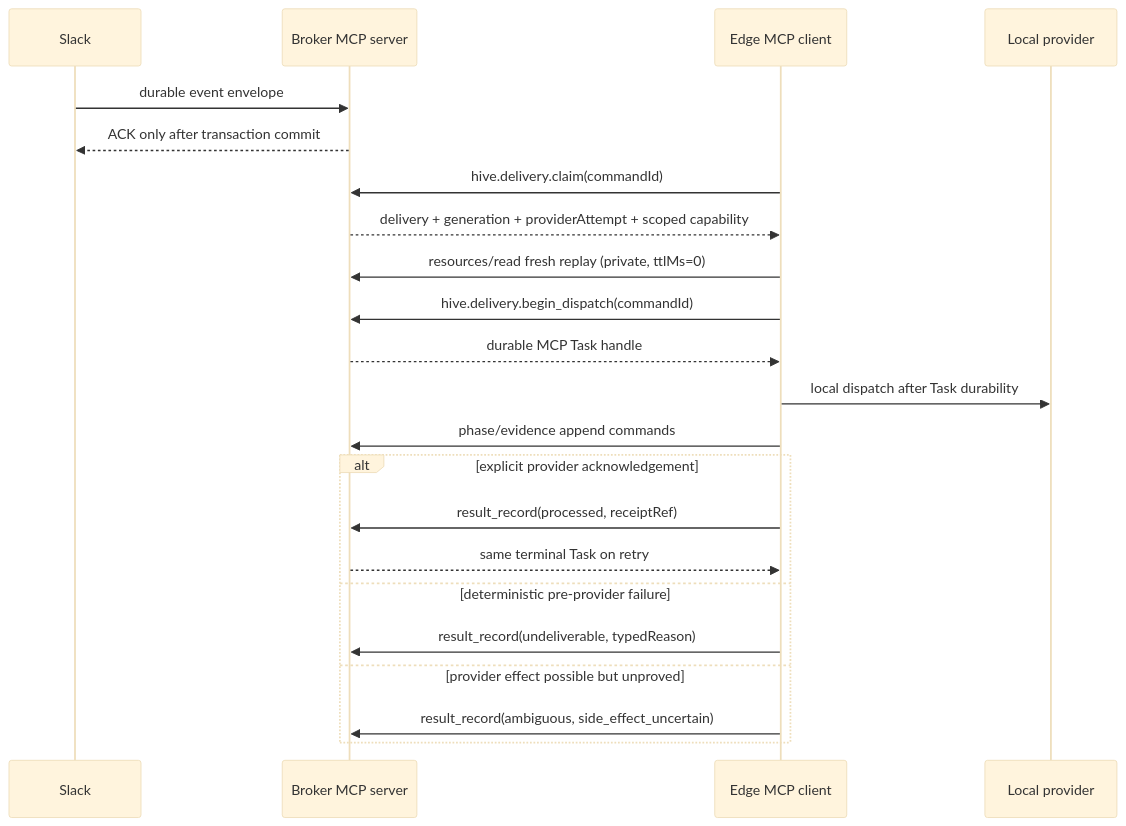
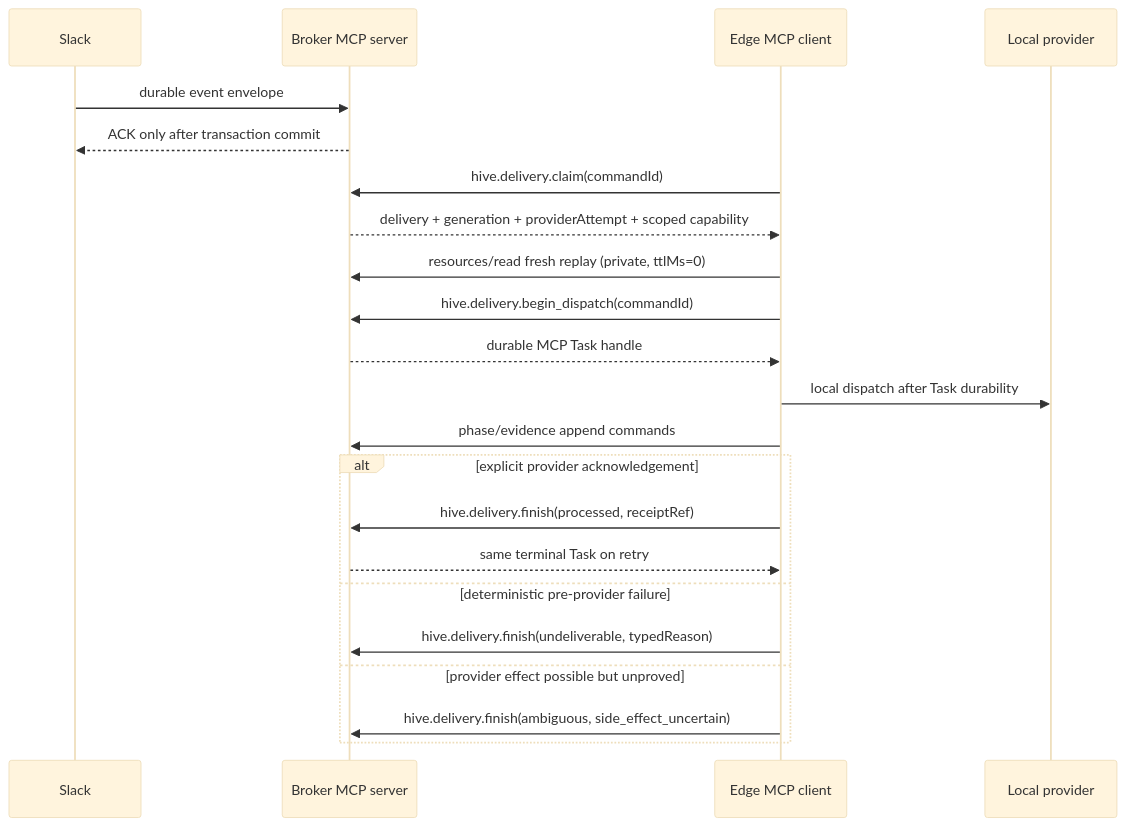
The second of 2 diagrams in docs/adr/0002-stateless-mcp-capability-plane.md (Skrates/hive), drawn with Mermaid (base theme) before and after one commit. The commit also changed other lines of this file and 1 other file, not shown here.

````diff
--- a/docs/adr/0002-stateless-mcp-capability-plane.md
+++ b/docs/adr/0002-stateless-mcp-capability-plane.md
@@ -63,25 +66,25 @@
 ```mermaid
 sequenceDiagram
   participant S as Slack
   participant B as Broker MCP server
   participant E as Edge MCP client
   participant P as Local provider
 
   S->>B: durable event envelope
   B-->>S: ACK only after transaction commit
   E->>B: hive.delivery.claim(commandId)
   B-->>E: delivery + generation + providerAttempt + scoped capability
   E->>B: resources/read fresh replay (private, ttlMs=0)
   E->>B: hive.delivery.begin_dispatch(commandId)
   B-->>E: durable MCP Task handle
   E->>P: local dispatch after Task durability
   E->>B: phase/evidence append commands
   alt explicit provider acknowledgement
-    E->>B: result_record(processed, receiptRef)
+    E->>B: hive.delivery.finish(processed, receiptRef)
     B-->>E: same terminal Task on retry
   else deterministic pre-provider failure
-    E->>B: result_record(undeliverable, typedReason)
+    E->>B: hive.delivery.finish(undeliverable, typedReason)
   else provider effect possible but unproved
-    E->>B: result_record(ambiguous, side_effect_uncertain)
+    E->>B: hive.delivery.finish(ambiguous, side_effect_uncertain)
   end
 ```
````
